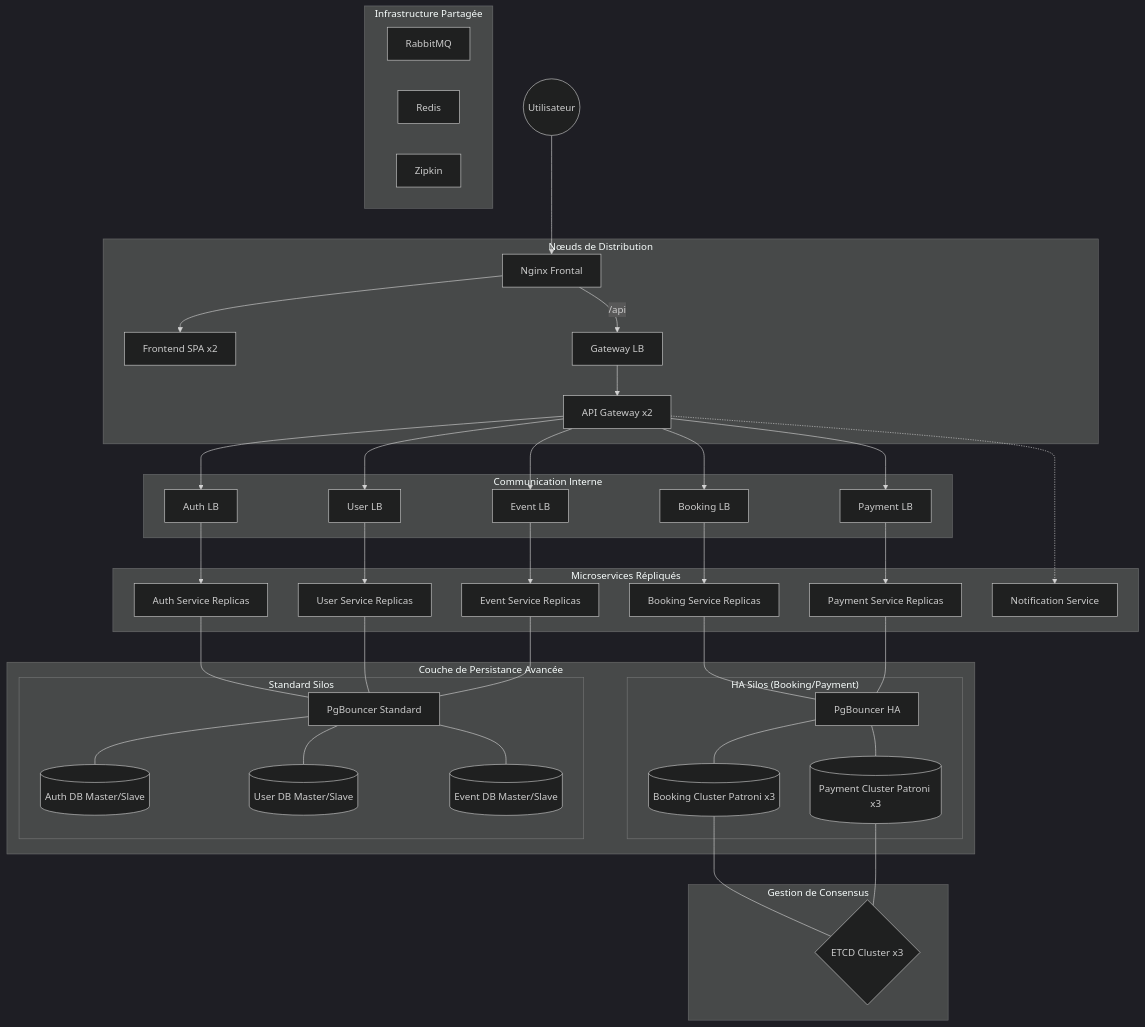
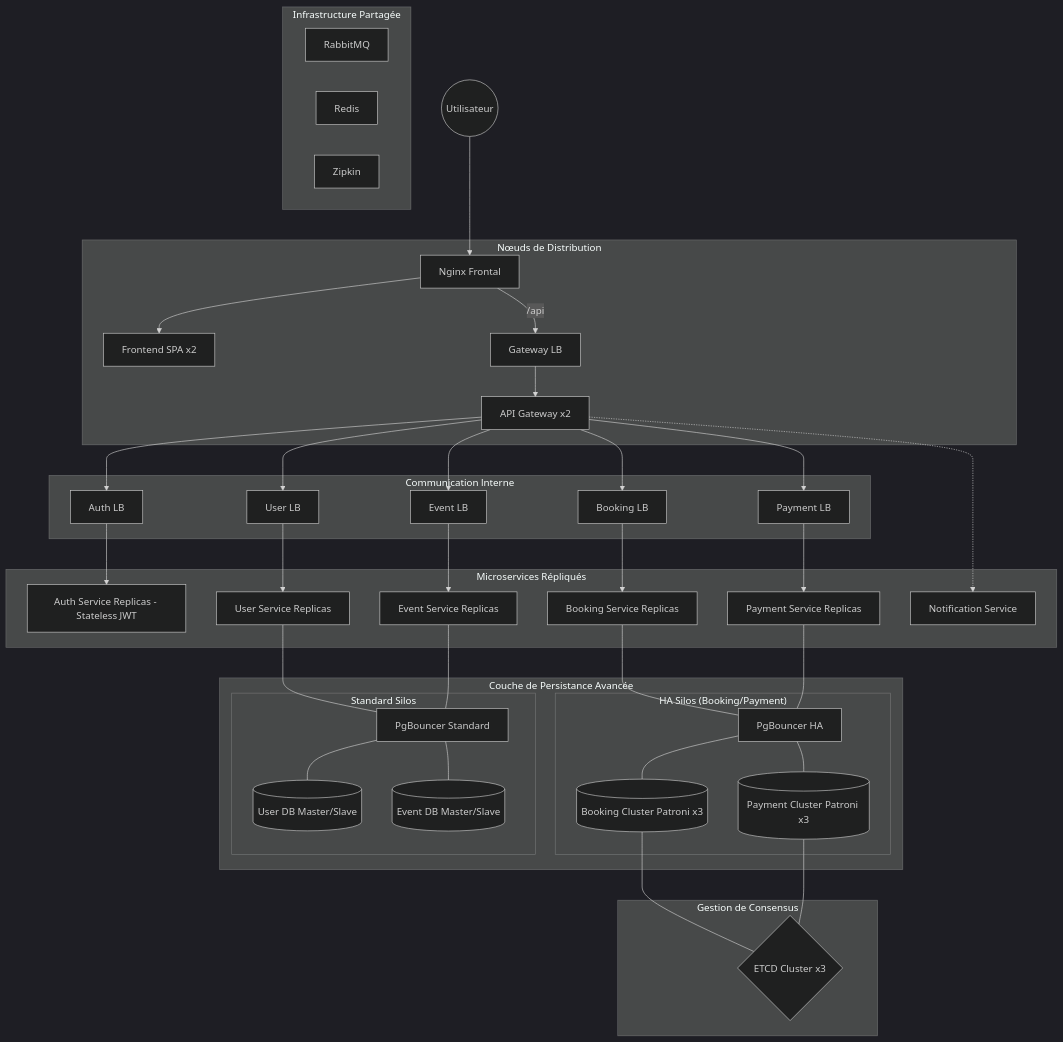
Before and after one commit to ECG-Rudy-Glt/4WEBD-TICKET: the diagram in 4WEBD-TICKET-full-infra/README.md, drawn with Mermaid (dark theme). The commit also changed other lines of this file and 2 other files, not shown here.

````diff
--- a/4WEBD-TICKET-full-infra/README.md
+++ b/4WEBD-TICKET-full-infra/README.md
@@ -21,53 +21,52 @@
 ```mermaid
 graph TD
     User((Utilisateur)) --> N[Nginx Frontal]
     
     subgraph "Nœuds de Distribution"
         N --> FE[Frontend SPA x2]
         N -- "/api" --> GWLB[Gateway LB]
         GWLB --> GW[API Gateway x2]
     end
 
     subgraph "Communication lnterne"
         GW --> ALB[Auth LB]
         GW --> ULB[User LB]
         GW --> ELB[Event LB]
         GW --> BLB[Booking LB]
         GW --> PLB[Payment LB]
     end
 
     subgraph "Microservices Répliqués"
-        ALB --> AS[Auth Service Replicas]
+        ALB --> AS[Auth Service Replicas - Stateless JWT]
         ULB --> US[User Service Replicas]
         ELB --> ES[Event Service Replicas]
         BLB --> BS[Booking Service Replicas]
         PLB --> PS[Payment Service Replicas]
         GW -.-> NS[Notification Service]
     end
 
     subgraph "Gestion de Consensus"
         ETCD{ETCD Cluster x3}
     end
 
     subgraph "Couche de Persistance Avancée"
         subgraph "HA Silos (Booking/Payment)"
             BS & PS --- PGB_HA[PgBouncer HA]
             PGB_HA --- BDB[(Booking Cluster Patroni x3)]
             PGB_HA --- PDB[(Payment Cluster Patroni x3)]
             BDB & PDB --- ETCD
         end
         
         subgraph "Standard Silos"
-            AS & US & ES --- PGB_STD[PgBouncer Standard]
-            PGB_STD --- ADB[(Auth DB Master/Slave)]
+            US & ES --- PGB_STD[PgBouncer Standard]
             PGB_STD --- UDB[(User DB Master/Slave)]
             PGB_STD --- EDB[(Event DB Master/Slave)]
         end
     end
 
     subgraph "Infrastructure Partagée"
         RMQ[RabbitMQ]
         RED[Redis]
         ZIP[Zipkin]
     end
 ```
````
